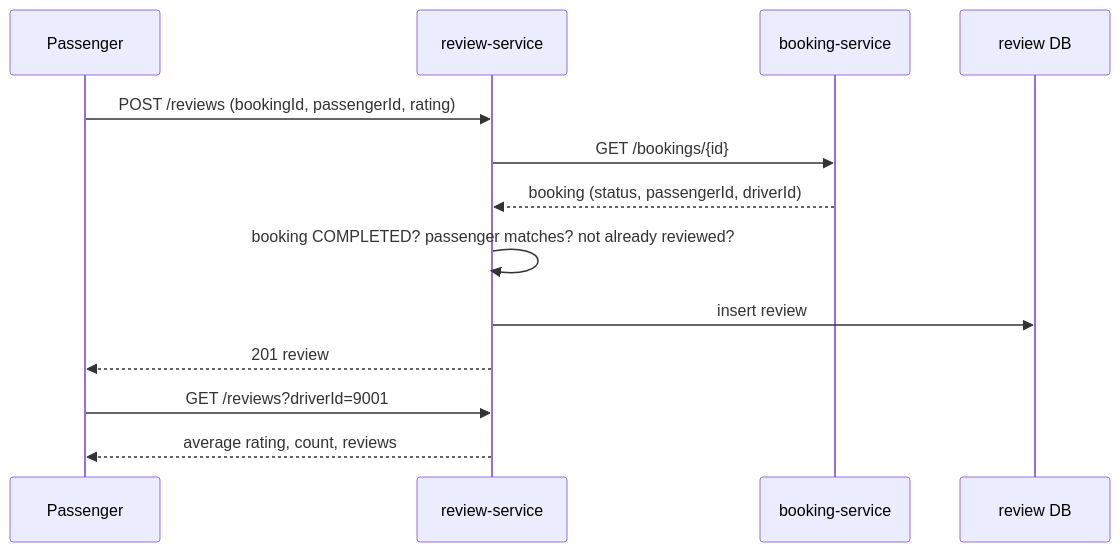
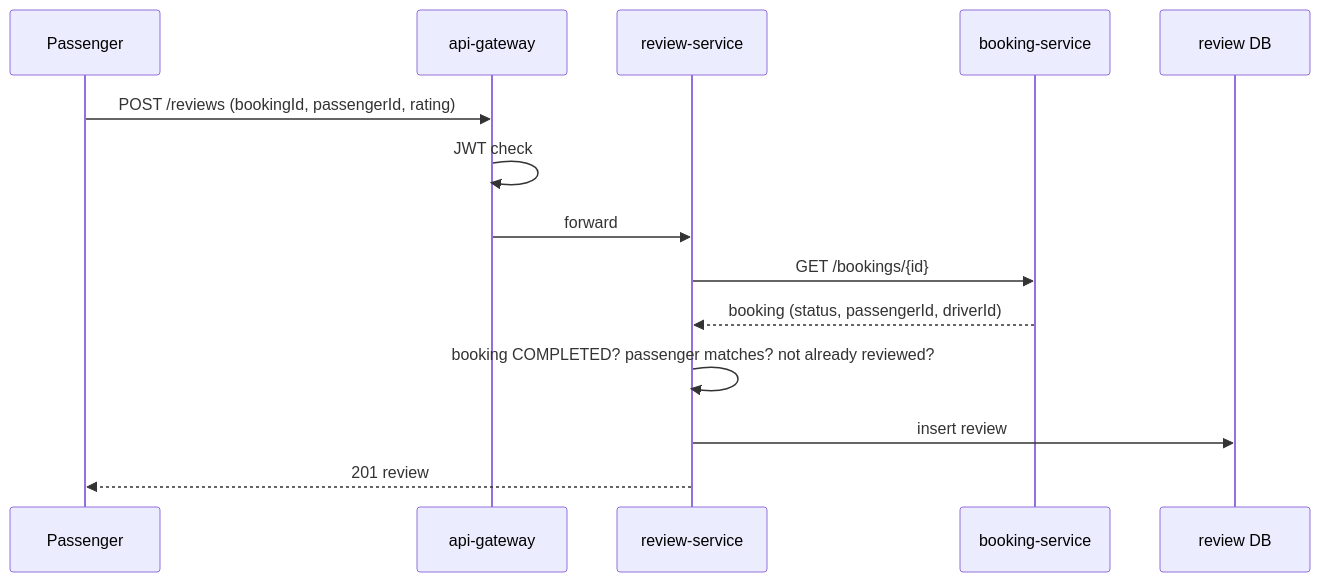
Before and after one commit to piyush932/uber-ride-platform: the fifth of 6 diagrams in docs/HLD.md, drawn with Mermaid. The commit also changed other lines of this file and 21 other files, not shown here.

Commit message:
Stage 5: api-gateway (JWT check, circuit breakers, optional Redis rate limit), booking idempotency key and socket circuit breaker, docs

````diff
--- a/docs/HLD.md
+++ b/docs/HLD.md
@@ -128,16 +135,17 @@
 ```mermaid
 sequenceDiagram
     participant P as Passenger
+    participant GW as api-gateway
     participant R as review-service
     participant B as booking-service
     participant DB as review DB
 
-    P->>R: POST /reviews (bookingId, passengerId, rating)
+    P->>GW: POST /reviews (bookingId, passengerId, rating)
+    GW->>GW: JWT check
+    GW->>R: forward
     R->>B: GET /bookings/{id}
     B-->>R: booking (status, passengerId, driverId)
     R->>R: booking COMPLETED? passenger matches? not already reviewed?
     R->>DB: insert review
     R-->>P: 201 review
-    P->>R: GET /reviews?driverId=9001
-    R-->>P: average rating, count, reviews
 ```
````
